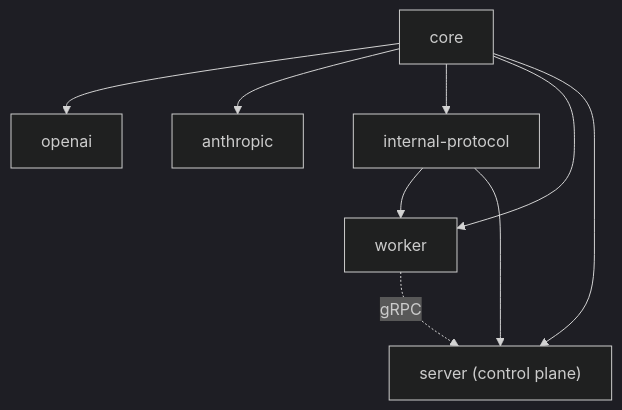
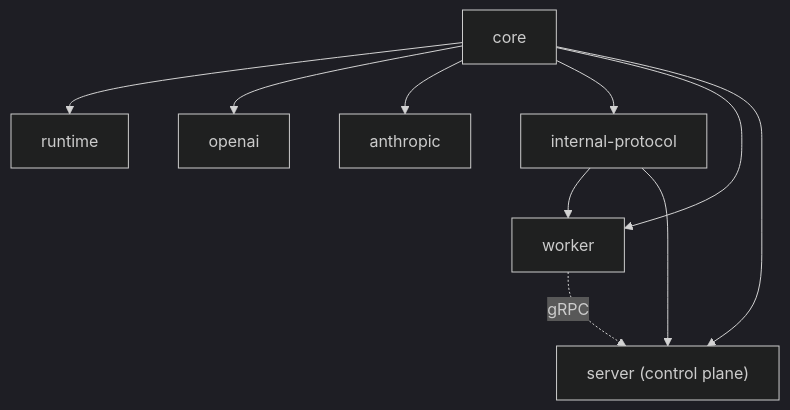
Before and after one commit to everruns/everruns: the second of 3 diagrams in specs/architecture.md, drawn with Mermaid (dark theme). The commit also changed other lines of this file and 12 other files, not shown here.

````diff
--- a/specs/architecture.md
+++ b/specs/architecture.md
@@ -113,18 +115,20 @@
 ```mermaid
 graph TD
     core[core]
+    runtime[runtime]
     openai[openai]
     anthropic[anthropic]
     protocol[internal-protocol]
     worker[worker]
     server["server (control plane)"]
 
+    core --> runtime
     core --> openai
     core --> anthropic
     core --> protocol
     core --> worker
     protocol --> worker
     protocol --> server
     core --> server
     worker -.->|gRPC| server
 ```
````
